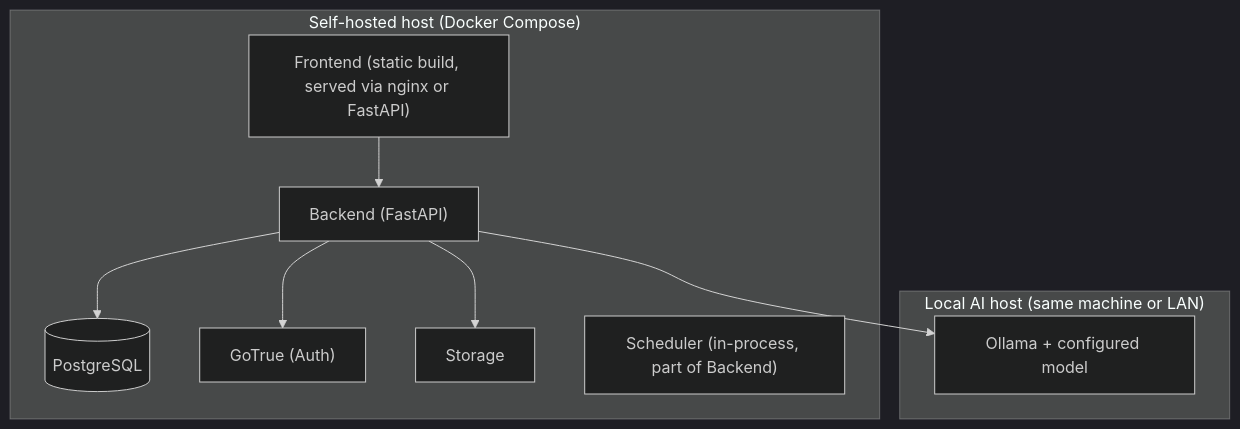
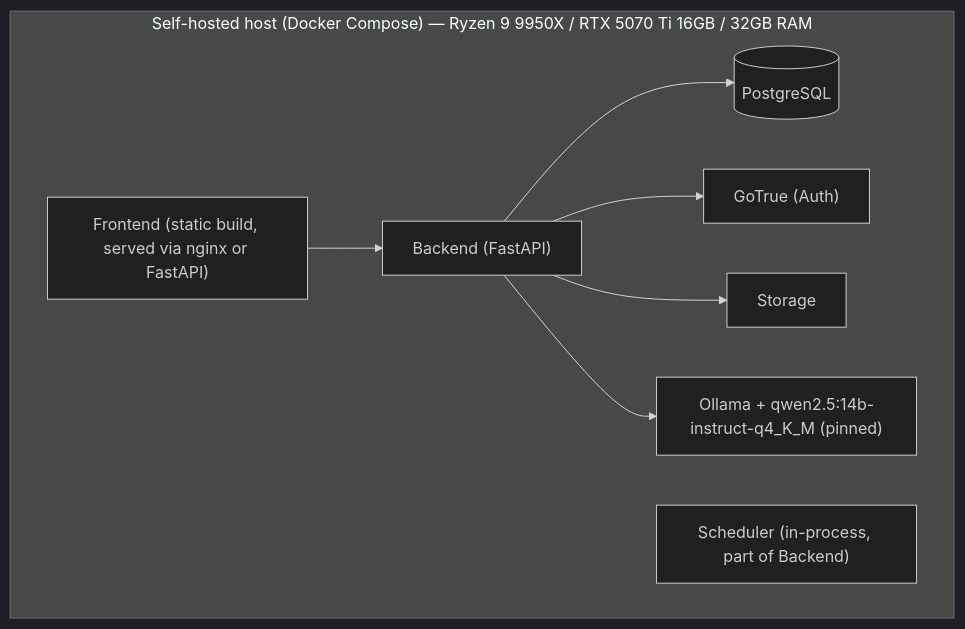
The diagram in docs/10-deployment-and-dev-workflow.md (wassimrahoui/adhd-job-agent), drawn with Mermaid (dark theme) before and after one commit. The commit also changed other lines of this file and 3 other files, not shown here.

Commit message:
Align testing strategy, deployment/dev workflow, MVP/roadmap, and risks docs with the v2 refinement

````diff
--- a/docs/10-deployment-and-dev-workflow.md
+++ b/docs/10-deployment-and-dev-workflow.md
@@ -28,19 +33,17 @@
 ```mermaid
 flowchart TB
-    subgraph Host["Self-hosted host (Docker Compose)"]
+    subgraph Host["Self-hosted host (Docker Compose) — Ryzen 9 9950X / RTX 5070 Ti 16GB / 32GB RAM"]
         FE["Frontend (static build, served via nginx or FastAPI)"]
         BE["Backend (FastAPI)"]
         PG[("PostgreSQL")]
         AUTH["GoTrue (Auth)"]
         STOR["Storage"]
         SCHED["Scheduler (in-process, part of Backend)"]
-    end
-    subgraph AIHost["Local AI host (same machine or LAN)"]
-        OLLAMA["Ollama + configured model"]
+        OLLAMA["Ollama + qwen2.5:14b-instruct-q4_K_M (pinned)"]
     end
     BE --> PG
     BE --> AUTH
     BE --> STOR
     BE --> OLLAMA
     FE --> BE
 ```
````
